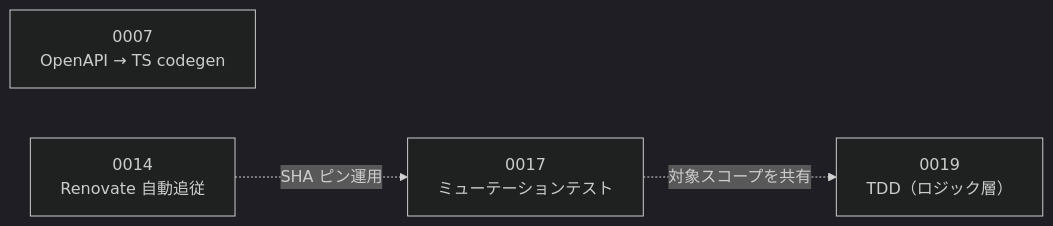
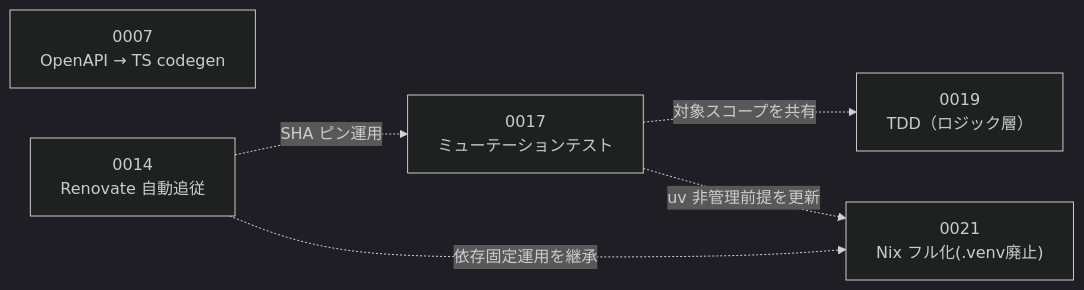
One commit to yusuke0610/devforge changed the fourth of 4 diagrams in docs/adr/README.md. Above: the diagram before and after it, drawn with Mermaid (dark theme). The commit also changed other lines of this file and 1 other file, not shown here.

Commit message:
docs(adr): ADR-0021 backend Python 環境の Nix フルマネージド化（.venv 廃止）を Proposed で起票
VS Code の .venv 絶対パスのハードコード解消を発端に、backend の Python
パッケージ本体を Nix で管理し .venv を廃止する方向を ADR として記録する。

- Status = Proposed（実装未着手・CI/Docker 移行や smoke 再設計に未確定リスク）
- Phase 0（requirements.txt → pyproject + uv.lock）〜 Phase 3（Docker + smoke 再設計）
  の段階移行を定義。各 Phase 独立ロールバック可
- 代替案に方向A（direnv のみ）を残置し、後退先として将来の移行条件に明記
- 設計原則 P7 中心 / P3・P6 副次
- 索引（README.md）へ 0021 行・開発プロセス/品質の系統図ノードを追加
- 関連: ADR-0017（uv 非管理前提を更新）/ 0014（Renovate manager）/ 0007（Nix devshell 規約）

````diff
--- a/docs/adr/README.md
+++ b/docs/adr/README.md
@@ -102,6 +103,9 @@
 ```mermaid
 graph LR
     D0007["0007<br/>OpenAPI → TS codegen"]
     D0014["0014<br/>Renovate 自動追従"] -.->|"SHA ピン運用"| D0017["0017<br/>ミューテーションテスト"]
     D0017 -.->|"対象スコープを共有"| D0019["0019<br/>TDD（ロジック層）"]
+    D0021["0021<br/>Nix フル化(.venv廃止)"]
+    D0014 -.->|"依存固定運用を継承"| D0021
+    D0017 -.->|"uv 非管理前提を更新"| D0021
 ```
````
